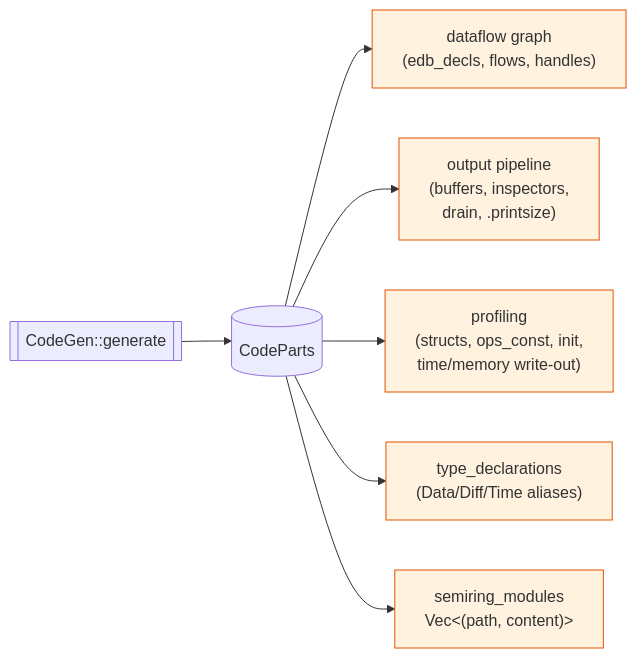
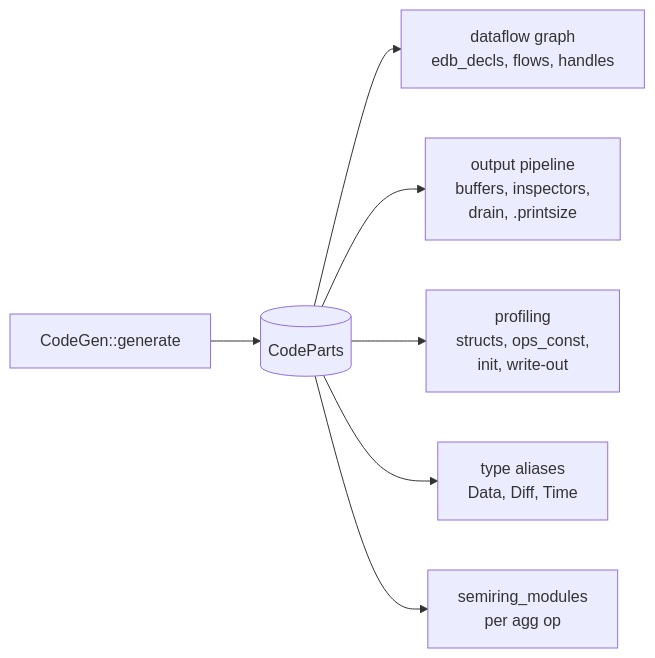
One commit to flowlog-rs/flowlog changed the first of 2 diagrams in crates/flowlog-build/src/codegen/README.md. Above: the diagram before and after it, drawn with Mermaid. The commit also changed other lines of this file and 12 other files, not shown here.

````diff
--- a/crates/flowlog-build/src/codegen/README.md
+++ b/crates/flowlog-build/src/codegen/README.md
@@ -20,12 +9,9 @@
 ```mermaid
 flowchart LR
-    CG[["CodeGen::generate"]] --> CP[("CodeParts")]
-    CP --> DG["dataflow graph<br/>(edb_decls, flows, handles)"]
-    CP --> OUT["output pipeline<br/>(buffers, inspectors,<br/>drain, .printsize)"]
-    CP --> PROF["profiling<br/>(structs, ops_const, init,<br/>time/memory write-out)"]
-    CP --> TYP["type_declarations<br/>(Data/Diff/Time aliases)"]
-    CP --> SEM["semiring_modules<br/>Vec&lt;(path, content)&gt;"]
-
-    classDef sub fill:#fff3e0,stroke:#e65100
-    class DG,OUT,PROF,TYP,SEM sub
+    cg[CodeGen::generate] --> cp[(CodeParts)]
+    cp --> dg[dataflow graph<br/>edb_decls, flows, handles]
+    cp --> op[output pipeline<br/>buffers, inspectors,<br/>drain, .printsize]
+    cp --> pr[profiling<br/>structs, ops_const,<br/>init, write-out]
+    cp --> ty[type aliases<br/>Data, Diff, Time]
+    cp --> sm[semiring_modules<br/>per agg op]
 ```
````
